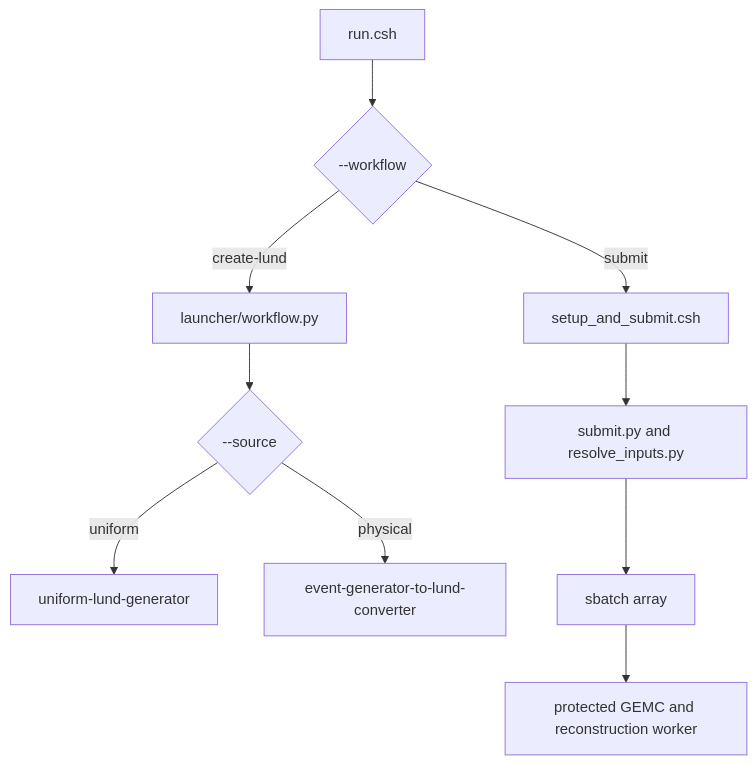
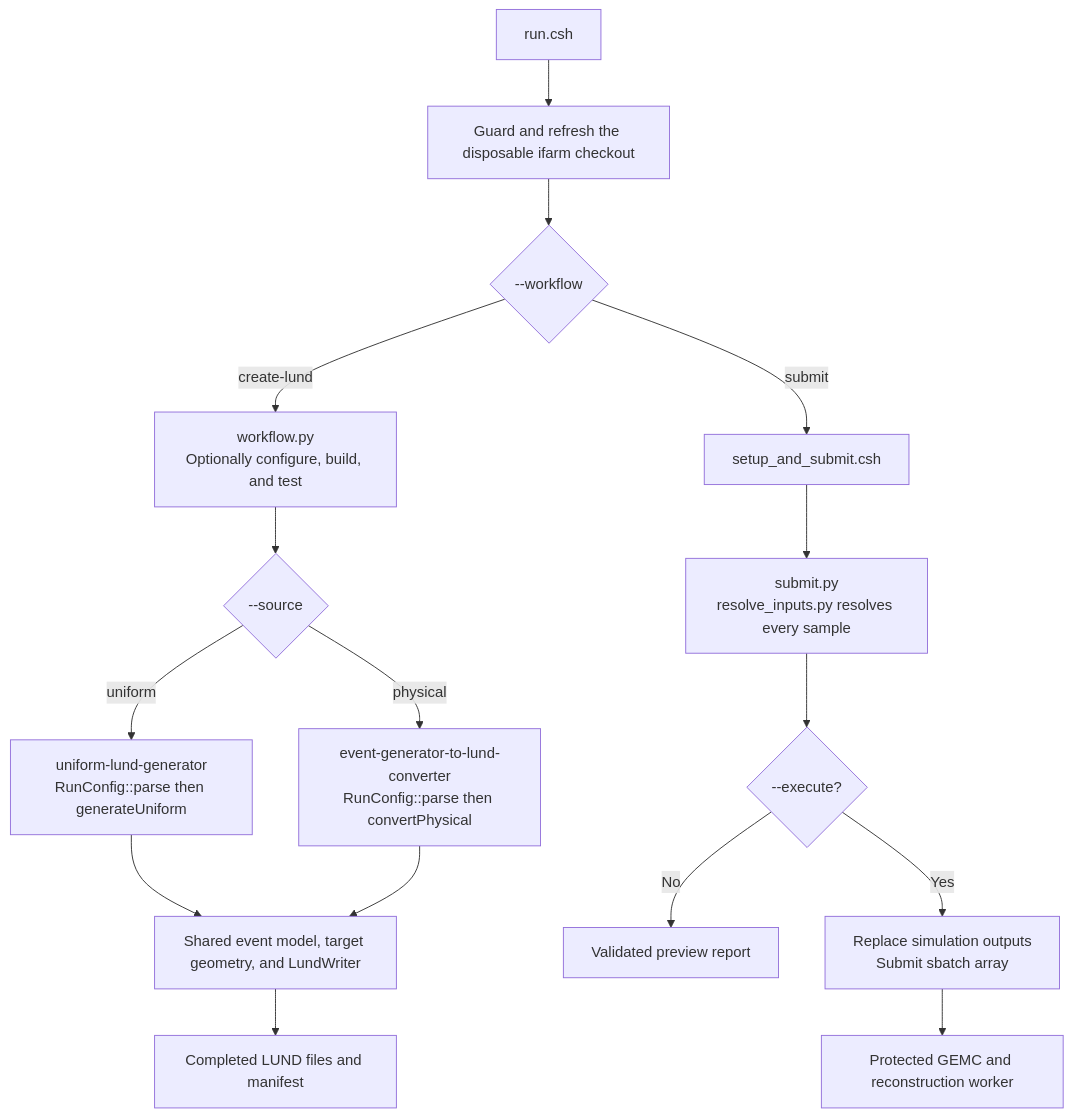
The diagram in docs/concepts/architecture.md (alons126/CLAS12-sample-generator), drawn with Mermaid before and after one commit. The commit also changed other lines of this file and 5 other files, not shown here.

Commit message:
Update workflow diagrams and launcher preflight

````diff
--- a/docs/concepts/architecture.md
+++ b/docs/concepts/architecture.md
@@ -41,12 +41,20 @@
 ```mermaid
-flowchart TD
-    R[run.csh] --> W{--workflow}
-    W -->|create-lund| L[launcher/workflow.py]
-    L --> S{--source}
-    S -->|uniform| U[uniform-lund-generator]
-    S -->|physical| P[event-generator-to-lund-converter]
-    W -->|submit| C[setup_and_submit.csh]
-    C --> PY[submit.py and resolve_inputs.py]
-    PY --> A[sbatch array]
-    A --> X[protected GEMC and reconstruction worker]
+flowchart TB
+    R["run.csh"] --> G["Guard and refresh the disposable ifarm checkout"]
+    G --> W{"--workflow"}
+
+    W -->|create-lund| L["workflow.py<br/>Optionally configure, build, and test"]
+    L --> S{"--source"}
+    S -->|uniform| U["uniform-lund-generator<br/>RunConfig::parse then generateUniform"]
+    S -->|physical| P["event-generator-to-lund-converter<br/>RunConfig::parse then convertPhysical"]
+    U --> LW["Shared event model, target geometry, and LundWriter"]
+    P --> LW
+    LW --> F["Completed LUND files and manifest"]
+
+    W -->|submit| C["setup_and_submit.csh"]
+    C --> PY["submit.py<br/>resolve_inputs.py resolves every sample"]
+    PY --> X{"--execute?"}
+    X -->|No| V["Validated preview report"]
+    X -->|Yes| A["Replace simulation outputs<br/>Submit sbatch array"]
+    A --> J["Protected GEMC and reconstruction worker"]
 ```
````
